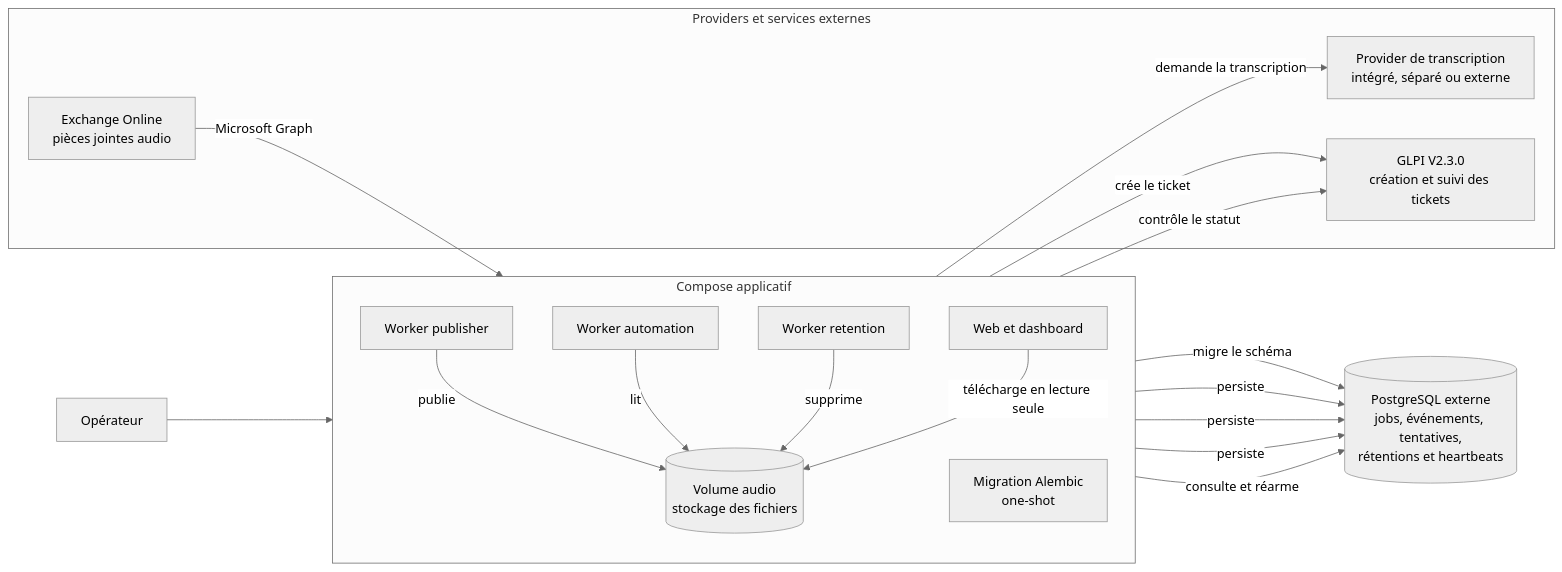
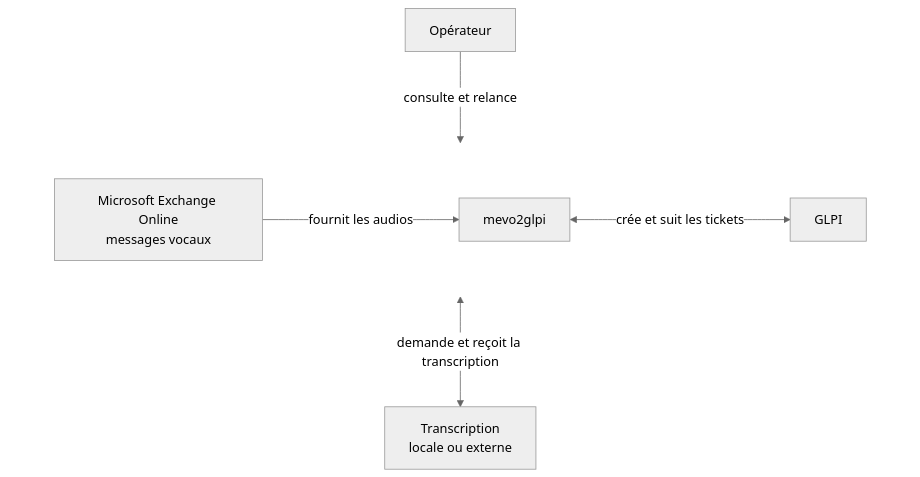
The diagram in README.md (dev-vauclaire/mevo2glpi), drawn with Mermaid (neutral theme) before and after one commit. The commit also changed other lines of this file and 11 other files, not shown here.

Commit message:
feat(branding): adopt mevo2glpi identity

````diff
--- a/README.md
+++ b/README.md
@@ -47,37 +58,18 @@
 ```mermaid
-flowchart LR
-    subgraph APP["Compose applicatif"]
-        direction TB
-        RET["Worker retention"]
-        AUTO["Worker automation"]
-        PUB["Worker publisher"]
-        MIG["Migration Alembic<br/>one-shot"]
-        WEB["Web et dashboard"]
-        AUDIO[("Volume audio<br/>stockage des fichiers")]
+%%{init: {"flowchart": {"nodeSpacing": 70, "rankSpacing": 90}}}%%
+flowchart TB
+    USER["Opérateur"]
+
+    subgraph CENTER_ROW[" "]
+        direction LR
+        EX["Microsoft Exchange Online<br/>messages vocaux"] -->|fournit les audios| APP["mevo2glpi"]
+        APP <-->|crée et suit les tickets| GLPI["GLPI"]
     end
 
-    DB[("PostgreSQL externe<br/>jobs, événements, tentatives,<br/>rétentions et heartbeats")]
+    TRANSCRIPTION["Transcription<br/>locale ou externe"]
 
-    subgraph PROVIDERS["Providers et services externes"]
-        EX["Exchange Online<br/>pièces jointes audio"]
-        TRANSCRIPTION["Provider de transcription<br/>intégré, séparé ou externe"]
-        GLPI["GLPI V2.3.0<br/>création et suivi des tickets"]
-    end
+    USER -->|consulte et relance| APP
+    APP <-->|demande et reçoit la transcription| TRANSCRIPTION
 
-    USER["Opérateur"] --> WEB
-    MIG -->|migre le schéma| DB
-    PUB -->|persiste| DB
-    AUTO -->|persiste| DB
-    RET -->|persiste| DB
-    WEB -->|consulte et réarme| DB
-
-    PUB -->|publie| AUDIO
-    AUTO -->|lit| AUDIO
-    RET -->|supprime| AUDIO
-    WEB -->|télécharge en lecture seule| AUDIO
-
-    EX -->|Microsoft Graph| PUB
-    AUTO -->|demande la transcription| TRANSCRIPTION
-    AUTO -->|crée le ticket| GLPI
-    RET -->|contrôle le statut| GLPI
+    style CENTER_ROW fill:transparent,stroke:transparent
 ```
````
